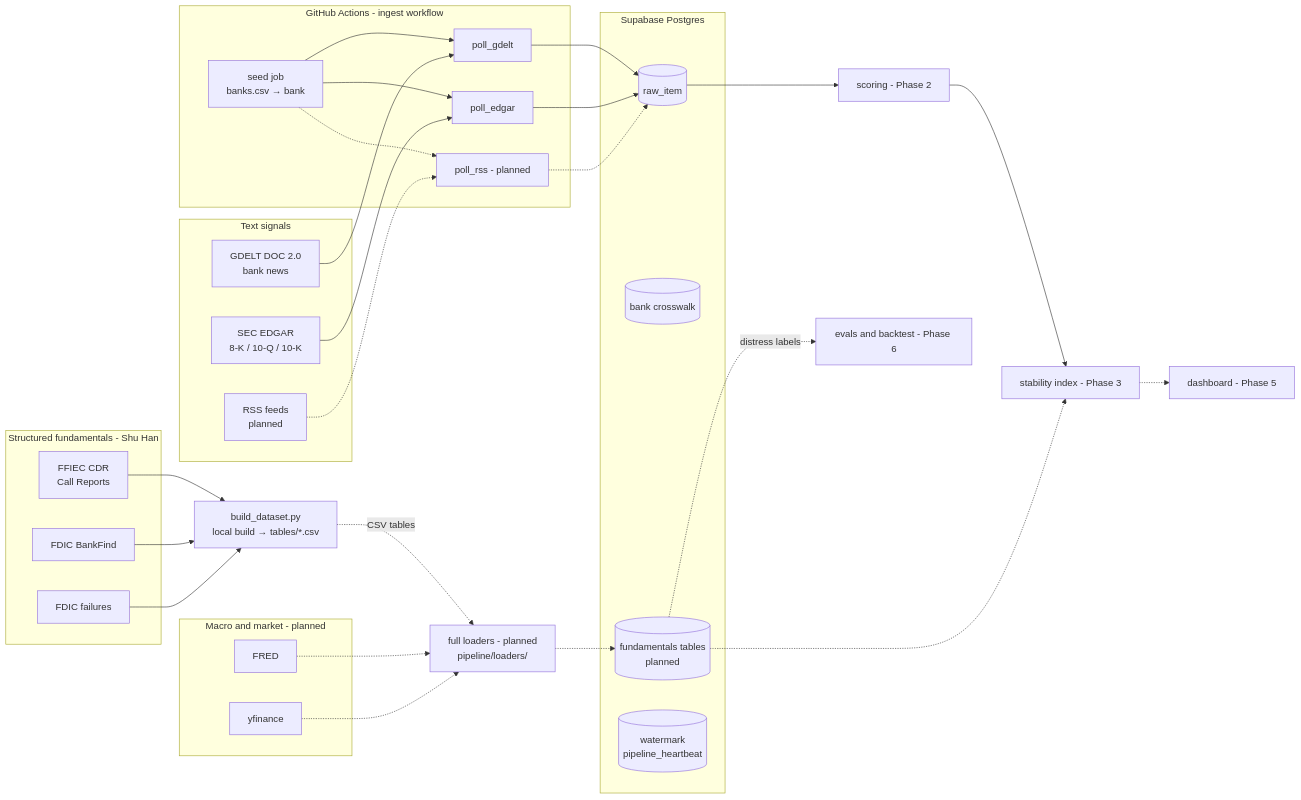
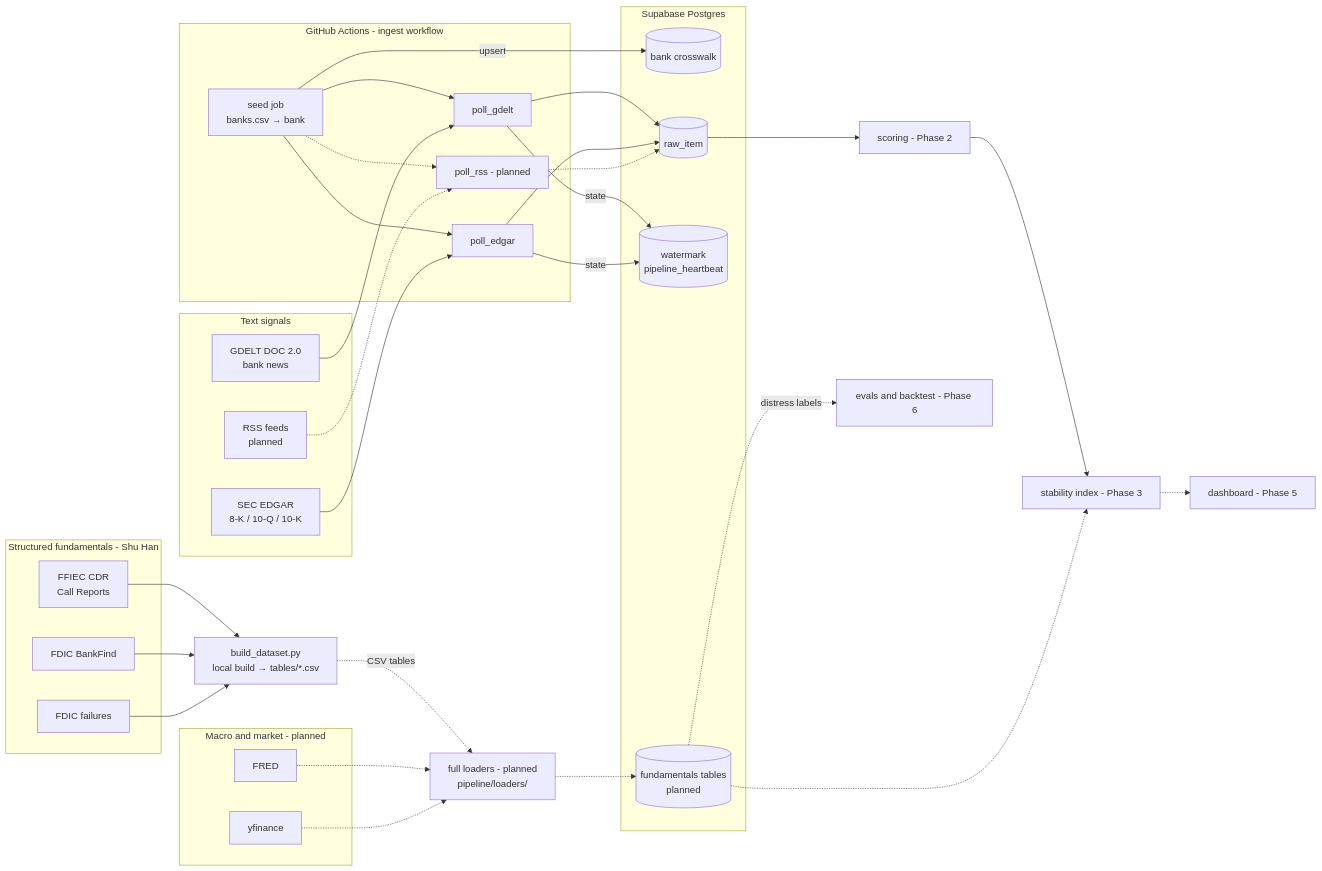
Before and after one commit to HOSH19/PNC_Capstone: the third of 3 diagrams in README.md, drawn with Mermaid.

Commit message:
Anchor bank and watermark tables in the architecture diagram
They had no incoming edges, so the renderer pushed them to the bottom
away from the jobs that write them. Add the missing edges — seed
upserts the crosswalk, pollers record state — and order the DB nodes
by when the pipeline touches them.

Claude-Session: https://claude.ai/code/session_01HwcxMsSigjCsw2VVkeLuy8

````diff
--- a/README.md
+++ b/README.md
@@ -120,60 +120,63 @@
 ```mermaid
 flowchart LR
     subgraph SRC_TEXT[Text signals]
         GDELT[GDELT DOC 2.0<br/>bank news]
         EDGAR[SEC EDGAR<br/>8-K / 10-Q / 10-K]
         RSS[RSS feeds<br/>planned]
     end
 
     subgraph SRC_STRUCT[Structured fundamentals - Shu Han]
         FFIEC[FFIEC CDR<br/>Call Reports]
         FDIC[FDIC BankFind]
         FAIL[FDIC failures]
     end
 
     subgraph SRC_MKT[Macro and market - planned]
         FRED[FRED]
         YF[yfinance]
     end
 
     subgraph ACTIONS[GitHub Actions - ingest workflow]
         SEED[seed job<br/>banks.csv → bank]
         PG[poll_gdelt]
         PE[poll_edgar]
         PRSS[poll_rss - planned]
         SEED --> PG
         SEED --> PE
         SEED -.-> PRSS
     end
 
     BUILD[build_dataset.py<br/>local build → tables/*.csv]
     LOADERS[full loaders - planned<br/>pipeline/loaders/]
 
     GDELT --> PG
     EDGAR --> PE
     RSS -.-> PRSS
     FFIEC --> BUILD
     FDIC --> BUILD
     FAIL --> BUILD
     BUILD -.->|CSV tables| LOADERS
     FRED -.-> LOADERS
     YF -.-> LOADERS
 
     subgraph DB[Supabase Postgres]
+        BANKT[(bank crosswalk)]
         RAW[(raw_item)]
-        BANKT[(bank crosswalk)]
+        OPS[(watermark<br/>pipeline_heartbeat)]
         FUND[(fundamentals tables<br/>planned)]
-        OPS[(watermark<br/>pipeline_heartbeat)]
     end
 
+    SEED -->|upsert| BANKT
     PG --> RAW
     PE --> RAW
+    PG -->|state| OPS
+    PE -->|state| OPS
     PRSS -.-> RAW
     LOADERS -.-> FUND
 
     RAW --> SCORE[scoring - Phase 2]
     SCORE --> IDX[stability index - Phase 3]
     FUND -.-> IDX
     IDX -.-> DASH[dashboard - Phase 5]
     FUND -.->|distress labels| EVAL[evals and backtest - Phase 6]
 ```
````
